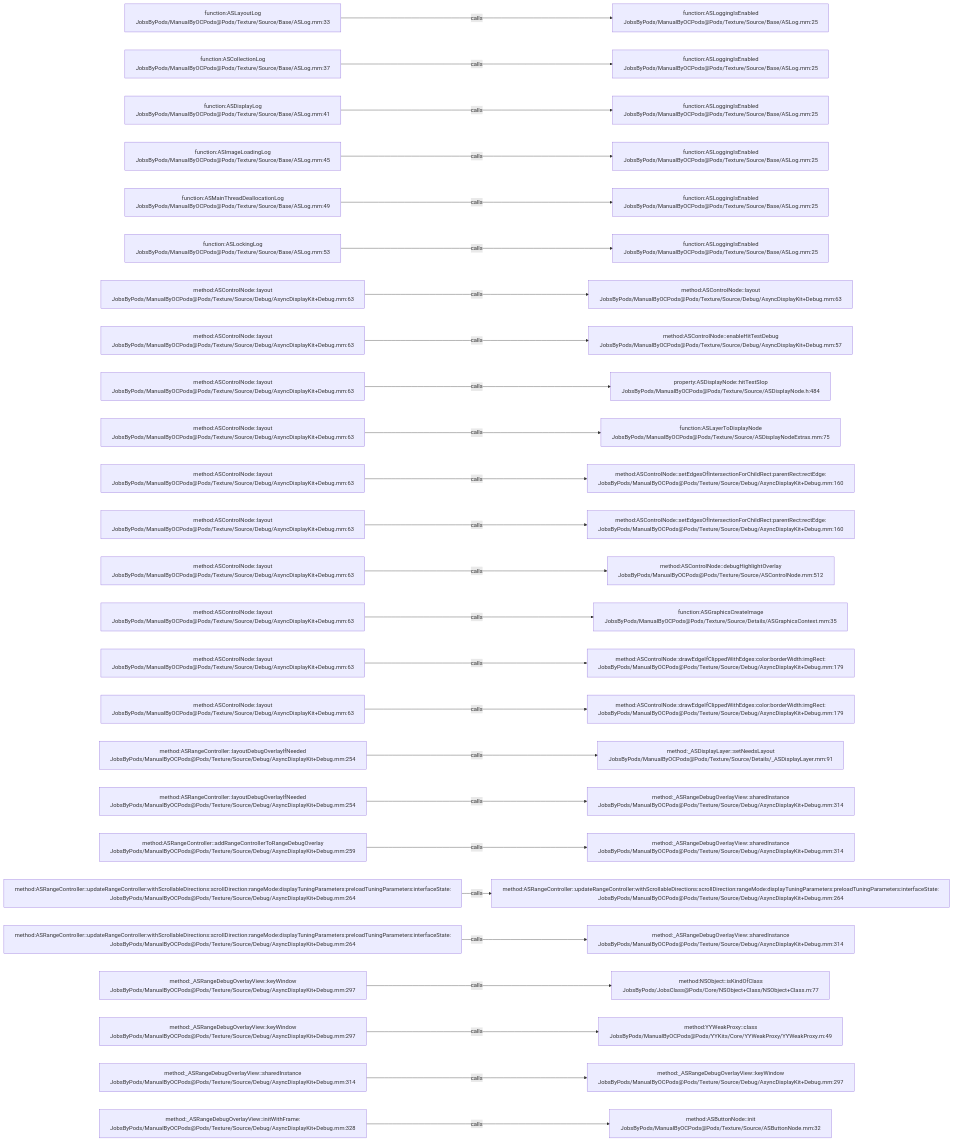
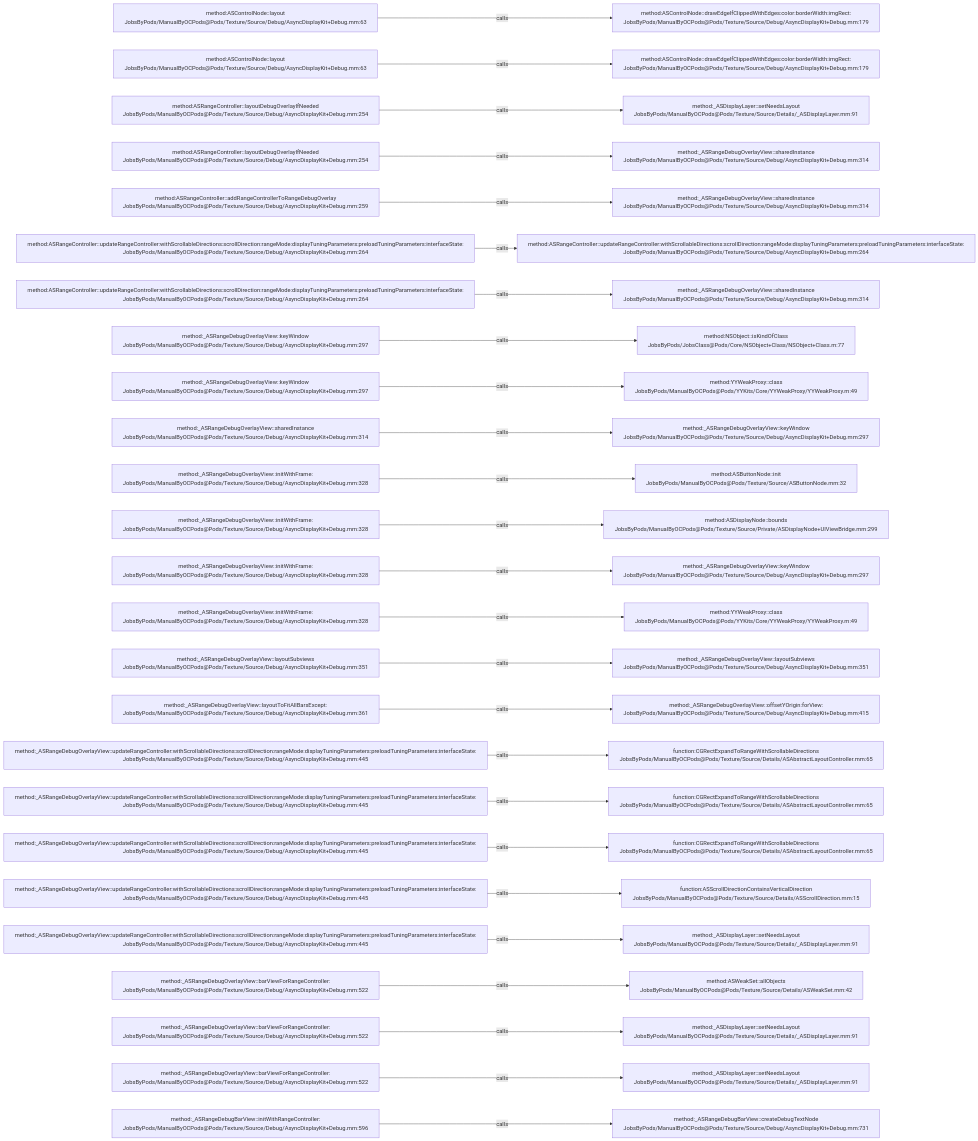
One commit to JobsKits/JobsOCBaseConfigDemo changed the diagram in .codegraph/codegraph.md/graphs/calls-150.md. Above: the diagram before and after it, drawn with Mermaid. The commit also changed 296 other files, not shown here.

````diff
--- a/.codegraph/codegraph.md/graphs/calls-150.md
+++ b/.codegraph/codegraph.md/graphs/calls-150.md
@@ -13,78 +13,78 @@
 ```mermaid
 flowchart LR
-  S1["function:ASLayoutLog<br/>JobsByPods/ManualByOCPods@Pods/Texture/Source/Base/ASLog.mm:33"]
-  T1["function:ASLoggingIsEnabled<br/>JobsByPods/ManualByOCPods@Pods/Texture/Source/Base/ASLog.mm:25"]
+  S1["method:ASControlNode::layout<br/>JobsByPods/ManualByOCPods@Pods/Texture/Source/Debug/AsyncDisplayKit+Debug.mm:63"]
+  T1["method:ASControlNode::drawEdgeIfClippedWithEdges:color:borderWidth:imgRect:<br/>JobsByPods/ManualByOCPods@Pods/Texture/Source/Debug/AsyncDisplayKit+Debug.mm:179"]
   S1 -->|calls| T1
-  S2["function:ASCollectionLog<br/>JobsByPods/ManualByOCPods@Pods/Texture/Source/Base/ASLog.mm:37"]
-  T2["function:ASLoggingIsEnabled<br/>JobsByPods/ManualByOCPods@Pods/Texture/Source/Base/ASLog.mm:25"]
+  S2["method:ASControlNode::layout<br/>JobsByPods/ManualByOCPods@Pods/Texture/Source/Debug/AsyncDisplayKit+Debug.mm:63"]
+  T2["method:ASControlNode::drawEdgeIfClippedWithEdges:color:borderWidth:imgRect:<br/>JobsByPods/ManualByOCPods@Pods/Texture/Source/Debug/AsyncDisplayKit+Debug.mm:179"]
   S2 -->|calls| T2
-  S3["function:ASDisplayLog<br/>JobsByPods/ManualByOCPods@Pods/Texture/Source/Base/ASLog.mm:41"]
-  T3["function:ASLoggingIsEnabled<br/>JobsByPods/ManualByOCPods@Pods/Texture/Source/Base/ASLog.mm:25"]
+  S3["method:ASRangeController::layoutDebugOverlayIfNeeded<br/>JobsByPods/ManualByOCPods@Pods/Texture/Source/Debug/AsyncDisplayKit+Debug.mm:254"]
+  T3["method:_ASDisplayLayer::setNeedsLayout<br/>JobsByPods/ManualByOCPods@Pods/Texture/Source/Details/_ASDisplayLayer.mm:91"]
   S3 -->|calls| T3
-  S4["function:ASImageLoadingLog<br/>JobsByPods/ManualByOCPods@Pods/Texture/Source/Base/ASLog.mm:45"]
-  T4["function:ASLoggingIsEnabled<br/>JobsByPods/ManualByOCPods@Pods/Texture/Source/Base/ASLog.mm:25"]
+  S4["method:ASRangeController::layoutDebugOverlayIfNeeded<br/>JobsByPods/ManualByOCPods@Pods/Texture/Source/Debug/AsyncDisplayKit+Debug.mm:254"]
+  T4["method:_ASRangeDebugOverlayView::sharedInstance<br/>JobsByPods/ManualByOCPods@Pods/Texture/Source/Debug/AsyncDisplayKit+Debug.mm:314"]
   S4 -->|calls| T4
-  S5["function:ASMainThreadDeallocationLog<br/>JobsByPods/ManualByOCPods@Pods/Texture/Source/Base/ASLog.mm:49"]
-  T5["function:ASLoggingIsEnabled<br/>JobsByPods/ManualByOCPods@Pods/Texture/Source/Base/ASLog.mm:25"]
+  S5["method:ASRangeController::addRangeControllerToRangeDebugOverlay<br/>JobsByPods/ManualByOCPods@Pods/Texture/Source/Debug/AsyncDisplayKit+Debug.mm:259"]
+  T5["method:_ASRangeDebugOverlayView::sharedInstance<br/>JobsByPods/ManualByOCPods@Pods/Texture/Source/Debug/AsyncDisplayKit+Debug.mm:314"]
   S5 -->|calls| T5
-  S6["function:ASLockingLog<br/>JobsByPods/ManualByOCPods@Pods/Texture/Source/Base/ASLog.mm:53"]
-  T6["function:ASLoggingIsEnabled<br/>JobsByPods/ManualByOCPods@Pods/Texture/Source/Base/ASLog.mm:25"]
+  S6["method:ASRangeController::updateRangeController:withScrollableDirections:scrollDirection:rangeMode:displayTuningParameters:preloadTuningParameters:interfaceState:<br/>JobsByPods/ManualByOCPods@Pods/Texture/Source/Debug/AsyncDisplayKit+Debug.mm:264"]
+  T6["method:ASRangeController::updateRangeController:withScrollableDirections:scrollDirection:rangeMode:displayTuningParameters:preloadTuningParameters:interfaceState:<br/>JobsByPods/ManualByOCPods@Pods/Texture/Source/Debug/AsyncDisplayKit+Debug.mm:264"]
   S6 -->|calls| T6
-  S7["method:ASControlNode::layout<br/>JobsByPods/ManualByOCPods@Pods/Texture/Source/Debug/AsyncDisplayKit+Debug.mm:63"]
-  T7["method:ASControlNode::layout<br/>JobsByPods/ManualByOCPods@Pods/Texture/Source/Debug/AsyncDisplayKit+Debug.mm:63"]
+  S7["method:ASRangeController::updateRangeController:withScrollableDirections:scrollDirection:rangeMode:displayTuningParameters:preloadTuningParameters:interfaceState:<br/>JobsByPods/ManualByOCPods@Pods/Texture/Source/Debug/AsyncDisplayKit+Debug.mm:264"]
+  T7["method:_ASRangeDebugOverlayView::sharedInstance<br/>JobsByPods/ManualByOCPods@Pods/Texture/Source/Debug/AsyncDisplayKit+Debug.mm:314"]
   S7 -->|calls| T7
-  S8["method:ASControlNode::layout<br/>JobsByPods/ManualByOCPods@Pods/Texture/Source/Debug/AsyncDisplayKit+Debug.mm:63"]
-  T8["method:ASControlNode::enableHitTestDebug<br/>JobsByPods/ManualByOCPods@Pods/Texture/Source/Debug/AsyncDisplayKit+Debug.mm:57"]
+  S8["method:_ASRangeDebugOverlayView::keyWindow<br/>JobsByPods/ManualByOCPods@Pods/Texture/Source/Debug/AsyncDisplayKit+Debug.mm:297"]
+  T8["method:NSObject::isKindOfClass<br/>JobsByPods/JobsClass@Pods/Core/NSObject+Class/NSObject+Class.m:77"]
   S8 -->|calls| T8
-  S9["method:ASControlNode::layout<br/>JobsByPods/ManualByOCPods@Pods/Texture/Source/Debug/AsyncDisplayKit+Debug.mm:63"]
-  T9["property:ASDisplayNode::hitTestSlop<br/>JobsByPods/ManualByOCPods@Pods/Texture/Source/ASDisplayNode.h:484"]
+  S9["method:_ASRangeDebugOverlayView::keyWindow<br/>JobsByPods/ManualByOCPods@Pods/Texture/Source/Debug/AsyncDisplayKit+Debug.mm:297"]
+  T9["method:YYWeakProxy::class<br/>JobsByPods/ManualByOCPods@Pods/YYKits/Core/YYWeakProxy/YYWeakProxy.m:49"]
   S9 -->|calls| T9
-  S10["method:ASControlNode::layout<br/>JobsByPods/ManualByOCPods@Pods/Texture/Source/Debug/AsyncDisplayKit+Debug.mm:63"]
-  T10["function:ASLayerToDisplayNode<br/>JobsByPods/ManualByOCPods@Pods/Texture/Source/ASDisplayNodeExtras.mm:75"]
+  S10["method:_ASRangeDebugOverlayView::sharedInstance<br/>JobsByPods/ManualByOCPods@Pods/Texture/Source/Debug/AsyncDisplayKit+Debug.mm:314"]
+  T10["method:_ASRangeDebugOverlayView::keyWindow<br/>JobsByPods/ManualByOCPods@Pods/Texture/Source/Debug/AsyncDisplayKit+Debug.mm:297"]
   S10 -->|calls| T10
-  S11["method:ASControlNode::layout<br/>JobsByPods/ManualByOCPods@Pods/Texture/Source/Debug/AsyncDisplayKit+Debug.mm:63"]
-  T11["method:ASControlNode::setEdgesOfIntersectionForChildRect:parentRect:rectEdge:<br/>JobsByPods/ManualByOCPods@Pods/Texture/Source/Debug/AsyncDisplayKit+Debug.mm:160"]
+  S11["method:_ASRangeDebugOverlayView::initWithFrame:<br/>JobsByPods/ManualByOCPods@Pods/Texture/Source/Debug/AsyncDisplayKit+Debug.mm:328"]
+  T11["method:ASButtonNode::init<br/>JobsByPods/ManualByOCPods@Pods/Texture/Source/ASButtonNode.mm:32"]
   S11 -->|calls| T11
-  S12["method:ASControlNode::layout<br/>JobsByPods/ManualByOCPods@Pods/Texture/Source/Debug/AsyncDisplayKit+Debug.mm:63"]
-  T12["method:ASControlNode::setEdgesOfIntersectionForChildRect:parentRect:rectEdge:<br/>JobsByPods/ManualByOCPods@Pods/Texture/Source/Debug/AsyncDisplayKit+Debug.mm:160"]
+  S12["method:_ASRangeDebugOverlayView::initWithFrame:<br/>JobsByPods/ManualByOCPods@Pods/Texture/Source/Debug/AsyncDisplayKit+Debug.mm:328"]
+  T12["method:ASDisplayNode::bounds<br/>JobsByPods/ManualByOCPods@Pods/Texture/Source/Private/ASDisplayNode+UIViewBridge.mm:299"]
   S12 -->|calls| T12
-  S13["method:ASControlNode::layout<br/>JobsByPods/ManualByOCPods@Pods/Texture/Source/Debug/AsyncDisplayKit+Debug.mm:63"]
-  T13["method:ASControlNode::debugHighlightOverlay<br/>JobsByPods/ManualByOCPods@Pods/Texture/Source/ASControlNode.mm:512"]
+  S13["method:_ASRangeDebugOverlayView::initWithFrame:<br/>JobsByPods/ManualByOCPods@Pods/Texture/Source/Debug/AsyncDisplayKit+Debug.mm:328"]
+  T13["method:_ASRangeDebugOverlayView::keyWindow<br/>JobsByPods/ManualByOCPods@Pods/Texture/Source/Debug/AsyncDisplayKit+Debug.mm:297"]
   S13 -->|calls| T13
-  S14["method:ASControlNode::layout<br/>JobsByPods/ManualByOCPods@Pods/Texture/Source/Debug/AsyncDisplayKit+Debug.mm:63"]
-  T14["function:ASGraphicsCreateImage<br/>JobsByPods/ManualByOCPods@Pods/Texture/Source/Details/ASGraphicsContext.mm:35"]
+  S14["method:_ASRangeDebugOverlayView::initWithFrame:<br/>JobsByPods/ManualByOCPods@Pods/Texture/Source/Debug/AsyncDisplayKit+Debug.mm:328"]
+  T14["method:YYWeakProxy::class<br/>JobsByPods/ManualByOCPods@Pods/YYKits/Core/YYWeakProxy/YYWeakProxy.m:49"]
   S14 -->|calls| T14
-  S15["method:ASControlNode::layout<br/>JobsByPods/ManualByOCPods@Pods/Texture/Source/Debug/AsyncDisplayKit+Debug.mm:63"]
-  T15["method:ASControlNode::drawEdgeIfClippedWithEdges:color:borderWidth:imgRect:<br/>JobsByPods/ManualByOCPods@Pods/Texture/Source/Debug/AsyncDisplayKit+Debug.mm:179"]
+  S15["method:_ASRangeDebugOverlayView::layoutSubviews<br/>JobsByPods/ManualByOCPods@Pods/Texture/Source/Debug/AsyncDisplayKit+Debug.mm:351"]
+  T15["method:_ASRangeDebugOverlayView::layoutSubviews<br/>JobsByPods/ManualByOCPods@Pods/Texture/Source/Debug/AsyncDisplayKit+Debug.mm:351"]
   S15 -->|calls| T15
-  S16["method:ASControlNode::layout<br/>JobsByPods/ManualByOCPods@Pods/Texture/Source/Debug/AsyncDisplayKit+Debug.mm:63"]
-  T16["method:ASControlNode::drawEdgeIfClippedWithEdges:color:borderWidth:imgRect:<br/>JobsByPods/ManualByOCPods@Pods/Texture/Source/Debug/AsyncDisplayKit+Debug.mm:179"]
+  S16["method:_ASRangeDebugOverlayView::layoutToFitAllBarsExcept:<br/>JobsByPods/ManualByOCPods@Pods/Texture/Source/Debug/AsyncDisplayKit+Debug.mm:361"]
+  T16["method:_ASRangeDebugOverlayView::offsetYOrigin:forView:<br/>JobsByPods/ManualByOCPods@Pods/Texture/Source/Debug/AsyncDisplayKit+Debug.mm:415"]
   S16 -->|calls| T16
-  S17["method:ASRangeController::layoutDebugOverlayIfNeeded<br/>JobsByPods/ManualByOCPods@Pods/Texture/Source/Debug/AsyncDisplayKit+Debug.mm:254"]
-  T17["method:_ASDisplayLayer::setNeedsLayout<br/>JobsByPods/ManualByOCPods@Pods/Texture/Source/Details/_ASDisplayLayer.mm:91"]
+  S17["method:_ASRangeDebugOverlayView::updateRangeController:withScrollableDirections:scrollDirection:rangeMode:displayTuningParameters:preloadTuningParameters:interfaceState:<br/>JobsByPods/ManualByOCPods@Pods/Texture/Source/Debug/AsyncDisplayKit+Debug.mm:445"]
+  T17["function:CGRectExpandToRangeWithScrollableDirections<br/>JobsByPods/ManualByOCPods@Pods/Texture/Source/Details/ASAbstractLayoutController.mm:65"]
   S17 -->|calls| T17
-  S18["method:ASRangeController::layoutDebugOverlayIfNeeded<br/>JobsByPods/ManualByOCPods@Pods/Texture/Source/Debug/AsyncDisplayKit+Debug.mm:254"]
-  T18["method:_ASRangeDebugOverlayView::sharedInstance<br/>JobsByPods/ManualByOCPods@Pods/Texture/Source/Debug/AsyncDisplayKit+Debug.mm:314"]
+  S18["method:_ASRangeDebugOverlayView::updateRangeController:withScrollableDirections:scrollDirection:rangeMode:displayTuningParameters:preloadTuningParameters:interfaceState:<br/>JobsByPods/ManualByOCPods@Pods/Texture/Source/Debug/AsyncDisplayKit+Debug.mm:445"]
+  T18["function:CGRectExpandToRangeWithScrollableDirections<br/>JobsByPods/ManualByOCPods@Pods/Texture/Source/Details/ASAbstractLayoutController.mm:65"]
   S18 -->|calls| T18
-  S19["method:ASRangeController::addRangeControllerToRangeDebugOverlay<br/>JobsByPods/ManualByOCPods@Pods/Texture/Source/Debug/AsyncDisplayKit+Debug.mm:259"]
-  T19["method:_ASRangeDebugOverlayView::sharedInstance<br/>JobsByPods/ManualByOCPods@Pods/Texture/Source/Debug/AsyncDisplayKit+Debug.mm:314"]
+  S19["method:_ASRangeDebugOverlayView::updateRangeController:withScrollableDirections:scrollDirection:rangeMode:displayTuningParameters:preloadTuningParameters:interfaceState:<br/>JobsByPods/ManualByOCPods@Pods/Texture/Source/Debug/AsyncDisplayKit+Debug.mm:445"]
+  T19["function:CGRectExpandToRangeWithScrollableDirections<br/>JobsByPods/ManualByOCPods@Pods/Texture/Source/Details/ASAbstractLayoutController.mm:65"]
   S19 -->|calls| T19
-  S20["method:ASRangeController::updateRangeController:withScrollableDirections:scrollDirection:rangeMode:displayTuningParameters:preloadTuningParameters:interfaceState:<br/>JobsByPods/ManualByOCPods@Pods/Texture/Source/Debug/AsyncDisplayKit+Debug.mm:264"]
-  T20["method:ASRangeController::updateRangeController:withScrollableDirections:scrollDirection:rangeMode:displayTuningParameters:preloadTuningParameters:interfaceState:<br/>JobsByPods/ManualByOCPods@Pods/Texture/Source/Debug/AsyncDisplayKit+Debug.mm:264"]
+  S20["method:_ASRangeDebugOverlayView::updateRangeController:withScrollableDirections:scrollDirection:rangeMode:displayTuningParameters:preloadTuningParameters:interfaceState:<br/>JobsByPods/ManualByOCPods@Pods/Texture/Source/Debug/AsyncDisplayKit+Debug.mm:445"]
+  T20["function:ASScrollDirectionContainsVerticalDirection<br/>JobsByPods/ManualByOCPods@Pods/Texture/Source/Details/ASScrollDirection.mm:15"]
   S20 -->|calls| T20
-  S21["method:ASRangeController::updateRangeController:withScrollableDirections:scrollDirection:rangeMode:displayTuningParameters:preloadTuningParameters:interfaceState:<br/>JobsByPods/ManualByOCPods@Pods/Texture/Source/Debug/AsyncDisplayKit+Debug.mm:264"]
-  T21["method:_ASRangeDebugOverlayView::sharedInstance<br/>JobsByPods/ManualByOCPods@Pods/Texture/Source/Debug/AsyncDisplayKit+Debug.mm:314"]
+  S21["method:_ASRangeDebugOverlayView::updateRangeController:withScrollableDirections:scrollDirection:rangeMode:displayTuningParameters:preloadTuningParameters:interfaceState:<br/>JobsByPods/ManualByOCPods@Pods/Texture/Source/Debug/AsyncDisplayKit+Debug.mm:445"]
+  T21["method:_ASDisplayLayer::setNeedsLayout<br/>JobsByPods/ManualByOCPods@Pods/Texture/Source/Details/_ASDisplayLayer.mm:91"]
   S21 -->|calls| T21
-  S22["method:_ASRangeDebugOverlayView::keyWindow<br/>JobsByPods/ManualByOCPods@Pods/Texture/Source/Debug/AsyncDisplayKit+Debug.mm:297"]
-  T22["method:NSObject::isKindOfClass<br/>JobsByPods/JobsClass@Pods/Core/NSObject+Class/NSObject+Class.m:77"]
+  S22["method:_ASRangeDebugOverlayView::barViewForRangeController:<br/>JobsByPods/ManualByOCPods@Pods/Texture/Source/Debug/AsyncDisplayKit+Debug.mm:522"]
+  T22["method:ASWeakSet::allObjects<br/>JobsByPods/ManualByOCPods@Pods/Texture/Source/Details/ASWeakSet.mm:42"]
   S22 -->|calls| T22
-  S23["method:_ASRangeDebugOverlayView::keyWindow<br/>JobsByPods/ManualByOCPods@Pods/Texture/Source/Debug/AsyncDisplayKit+Debug.mm:297"]
-  T23["method:YYWeakProxy::class<br/>JobsByPods/ManualByOCPods@Pods/YYKits/Core/YYWeakProxy/YYWeakProxy.m:49"]
+  S23["method:_ASRangeDebugOverlayView::barViewForRangeController:<br/>JobsByPods/ManualByOCPods@Pods/Texture/Source/Debug/AsyncDisplayKit+Debug.mm:522"]
+  T23["method:_ASDisplayLayer::setNeedsLayout<br/>JobsByPods/ManualByOCPods@Pods/Texture/Source/Details/_ASDisplayLayer.mm:91"]
   S23 -->|calls| T23
-  S24["method:_ASRangeDebugOverlayView::sharedInstance<br/>JobsByPods/ManualByOCPods@Pods/Texture/Source/Debug/AsyncDisplayKit+Debug.mm:314"]
-  T24["method:_ASRangeDebugOverlayView::keyWindow<br/>JobsByPods/ManualByOCPods@Pods/Texture/Source/Debug/AsyncDisplayKit+Debug.mm:297"]
+  S24["method:_ASRangeDebugOverlayView::barViewForRangeController:<br/>JobsByPods/ManualByOCPods@Pods/Texture/Source/Debug/AsyncDisplayKit+Debug.mm:522"]
+  T24["method:_ASDisplayLayer::setNeedsLayout<br/>JobsByPods/ManualByOCPods@Pods/Texture/Source/Details/_ASDisplayLayer.mm:91"]
   S24 -->|calls| T24
-  S25["method:_ASRangeDebugOverlayView::initWithFrame:<br/>JobsByPods/ManualByOCPods@Pods/Texture/Source/Debug/AsyncDisplayKit+Debug.mm:328"]
-  T25["method:ASButtonNode::init<br/>JobsByPods/ManualByOCPods@Pods/Texture/Source/ASButtonNode.mm:32"]
+  S25["method:_ASRangeDebugBarView::initWithRangeController:<br/>JobsByPods/ManualByOCPods@Pods/Texture/Source/Debug/AsyncDisplayKit+Debug.mm:596"]
+  T25["method:_ASRangeDebugBarView::createDebugTextNode<br/>JobsByPods/ManualByOCPods@Pods/Texture/Source/Debug/AsyncDisplayKit+Debug.mm:731"]
   S25 -->|calls| T25
 ```
````
